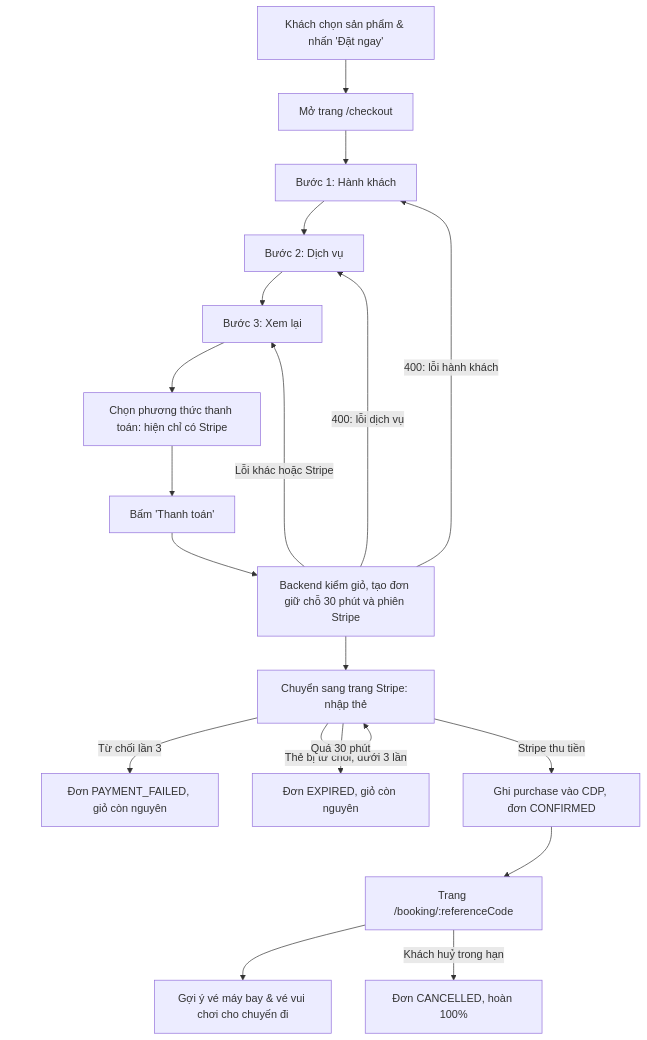
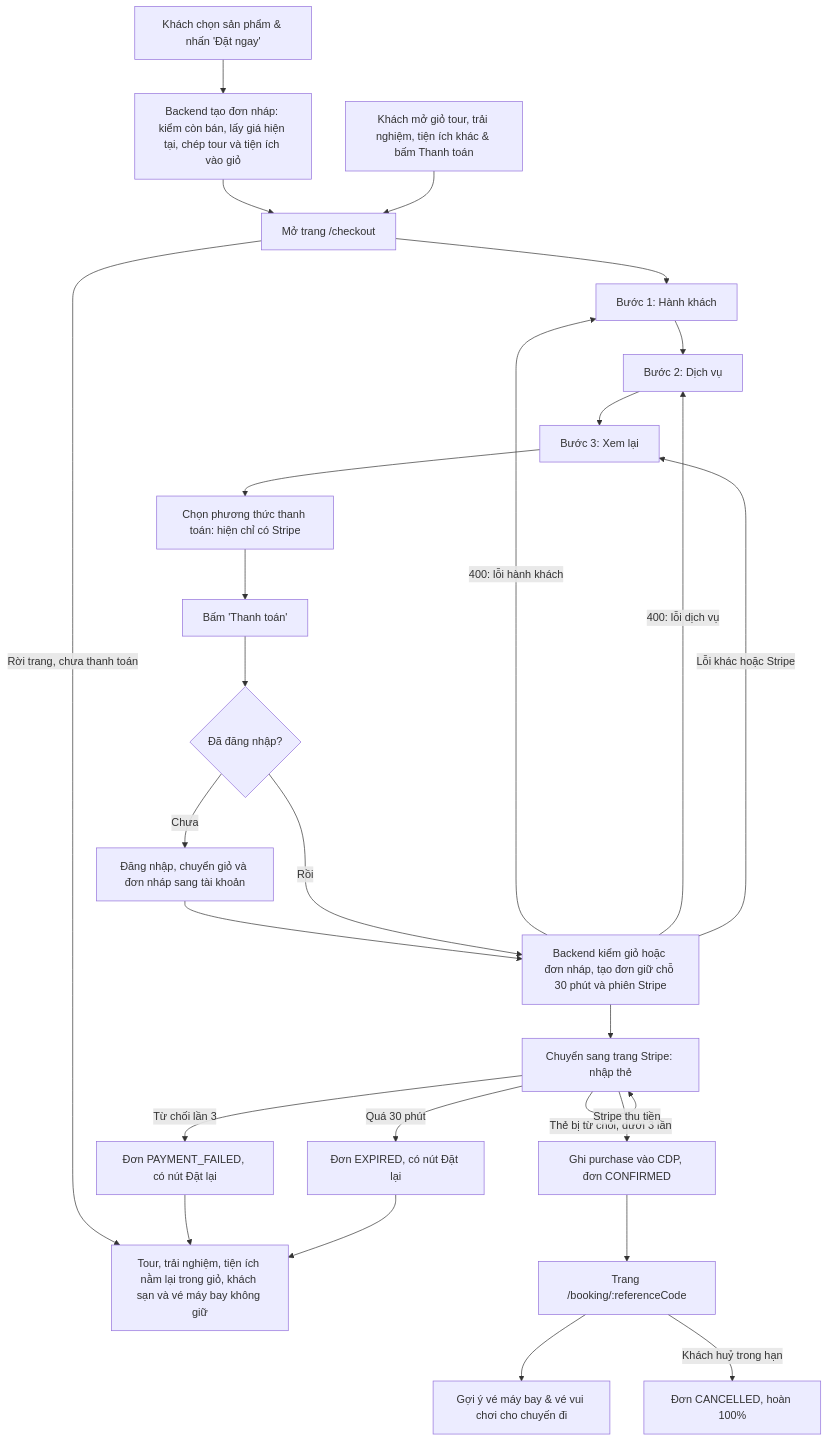
One commit to NguyenNhat4/Travel-Recommend-System changed the third of 3 diagrams in docs/prd/user-flow.md. Above: the diagram before and after it, drawn with Mermaid. The commit also changed other lines of this file and 129 other files, not shown here.

````diff
--- a/docs/prd/user-flow.md
+++ b/docs/prd/user-flow.md
@@ -93,19 +94,27 @@
 ```mermaid
 flowchart TD
-    A[Khách chọn sản phẩm & nhấn 'Đặt ngay'] --> B[Mở trang /checkout]
+    A[Khách chọn sản phẩm & nhấn 'Đặt ngay'] --> A1[Backend tạo đơn nháp: kiểm còn bán, lấy giá hiện tại, chép tour và tiện ích vào giỏ]
+    A1 --> B[Mở trang /checkout]
+    A2[Khách mở giỏ tour, trải nghiệm, tiện ích khác & bấm Thanh toán] --> B
+    B -->|Rời trang, chưa thanh toán| X0[Tour, trải nghiệm, tiện ích nằm lại trong giỏ, khách sạn và vé máy bay không giữ]
     B --> C1[Bước 1: Hành khách] --> C2[Bước 2: Dịch vụ] --> C3[Bước 3: Xem lại]
     C3 --> M[Chọn phương thức thanh toán: hiện chỉ có Stripe]
     M --> P[Bấm 'Thanh toán']
-    P --> D[Backend kiểm giỏ, tạo đơn giữ chỗ 30 phút và phiên Stripe]
+    P --> L{Đã đăng nhập?}
+    L -->|Chưa| L1[Đăng nhập, chuyển giỏ và đơn nháp sang tài khoản]
+    L1 --> D
+    L -->|Rồi| D[Backend kiểm giỏ hoặc đơn nháp, tạo đơn giữ chỗ 30 phút và phiên Stripe]
     D -->|400: lỗi hành khách| C1
     D -->|400: lỗi dịch vụ| C2
     D -->|Lỗi khác hoặc Stripe| C3
     D --> S[Chuyển sang trang Stripe: nhập thẻ]
     S -->|Thẻ bị từ chối, dưới 3 lần| S
-    S -->|Từ chối lần 3| X1[Đơn PAYMENT_FAILED, giỏ còn nguyên]
-    S -->|Quá 30 phút| X2[Đơn EXPIRED, giỏ còn nguyên]
+    S -->|Từ chối lần 3| X1[Đơn PAYMENT_FAILED, có nút Đặt lại]
+    S -->|Quá 30 phút| X2[Đơn EXPIRED, có nút Đặt lại]
+    X1 --> X0
+    X2 --> X0
     S -->|Stripe thu tiền| F[Ghi purchase vào CDP, đơn CONFIRMED]
     F --> G[Trang /booking/:referenceCode]
     G --> H[Gợi ý vé máy bay & vé vui chơi cho chuyến đi]
     G -->|Khách huỷ trong hạn| X3[Đơn CANCELLED, hoàn 100%]
 ```
````
